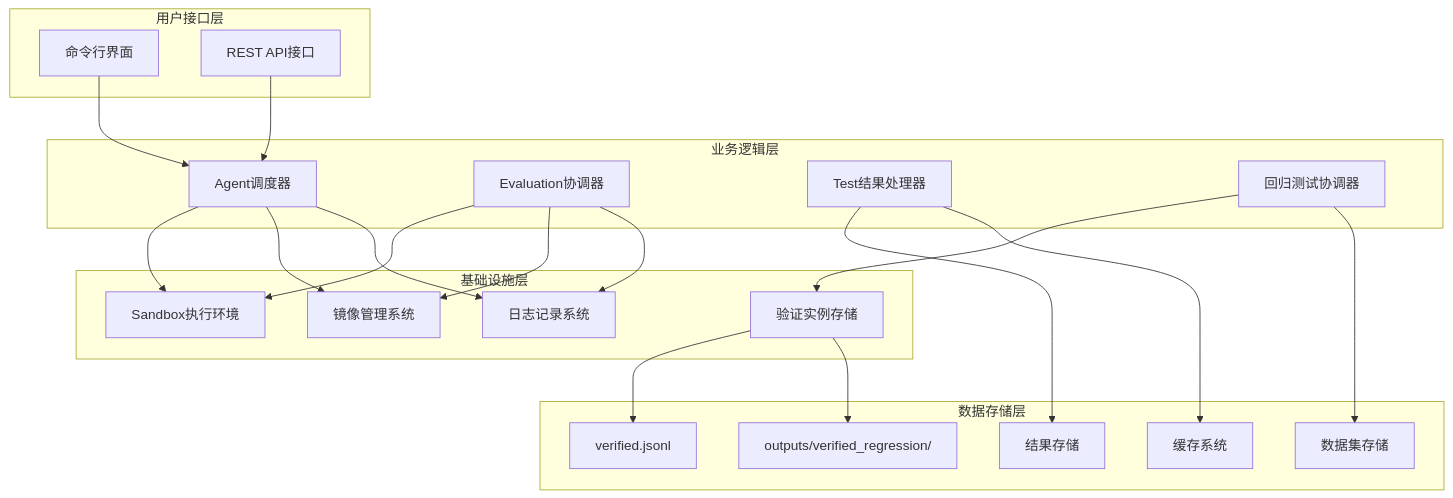
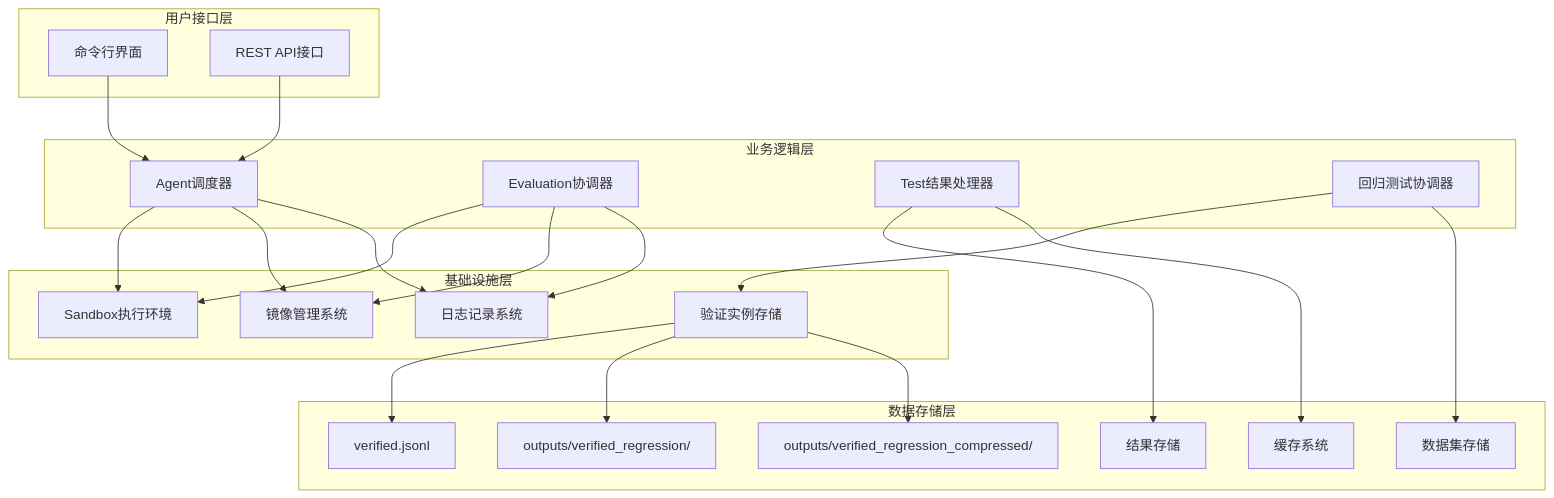
The fourth of 14 diagrams in .qoder/repowiki/zh/content/核心组件/多Docker评估系统/增强评估框架.md (Jayint/Jayint-repo), drawn with Mermaid before and after one commit. The commit also changed other lines of this file and 168 other files, not shown here.

````diff
--- a/.qoder/repowiki/zh/content/核心组件/多Docker评估系统/增强评估框架.md
+++ b/.qoder/repowiki/zh/content/核心组件/多Docker评估系统/增强评估框架.md
@@ -188,38 +211,39 @@
 ```mermaid
 graph TB
 subgraph "用户接口层"
 UI[命令行界面]
 API[REST API接口]
 end
 subgraph "业务逻辑层"
 AD[Agent调度器]
 EV[Evaluation协调器]
 TR[Test结果处理器]
 RT[回归测试协调器]
 end
 subgraph "基础设施层"
 SB[Sandbox执行环境]
 IM[镜像管理系统]
 LG[日志记录系统]
 VR[验证实例存储]
 end
 subgraph "数据存储层"
 DS[数据集存储]
 RS[结果存储]
 CS[缓存系统]
 VR --> VR1[verified.jsonl]
 VR --> VR2[outputs/verified_regression/]
+VR --> VR3[outputs/verified_regression_compressed/]
 end
 UI --> AD
 API --> AD
 AD --> SB
 AD --> IM
 AD --> LG
 EV --> SB
 EV --> IM
 EV --> LG
 TR --> RS
 TR --> CS
 RT --> VR
 RT --> DS
 ```
````
